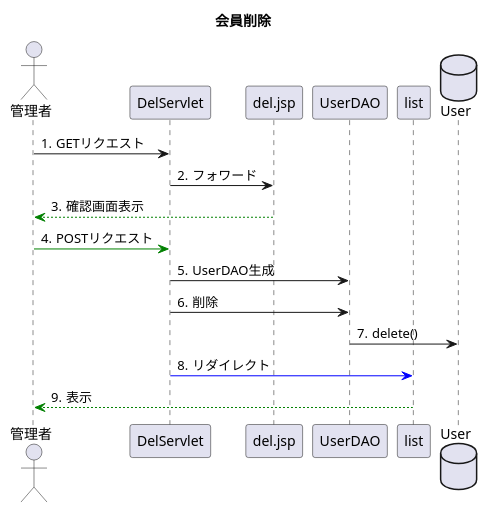
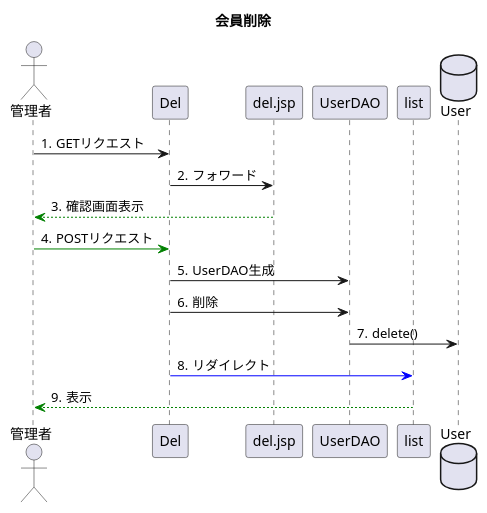
One commit to toufu66/ProjectC changed the diagram in uml_detail/seq_del.pu. Above: the diagram before and after it, drawn with PlantUML. The commit also changed 1 other file, not shown here.

```diff
--- a/uml_detail/seq_del.pu
+++ b/uml_detail/seq_del.pu
@@ -1,19 +1,19 @@
 @startuml
 title 会員削除
 autonumber "#."
 actor 管理者
 database User
 
 
-管理者 ->DelServlet:GETリクエスト
-DelServlet -> del.jsp:フォワード
+管理者 ->Del:GETリクエスト
+Del -> del.jsp:フォワード
 del.jsp --[#green]> 管理者:確認画面表示
-管理者 -[#green]> DelServlet:POSTリクエスト
+管理者 -[#green]> Del:POSTリクエスト
 
-DelServlet -> UserDAO:UserDAO生成
-DelServlet -> UserDAO:削除
+Del -> UserDAO:UserDAO生成
+Del -> UserDAO:削除
 UserDAO -> User:delete()
-DelServlet-[#blue]> list:リダイレクト
+Del-[#blue]> list:リダイレクト
 list --[#green]> 管理者:表示
 database User
 @enduml
```
